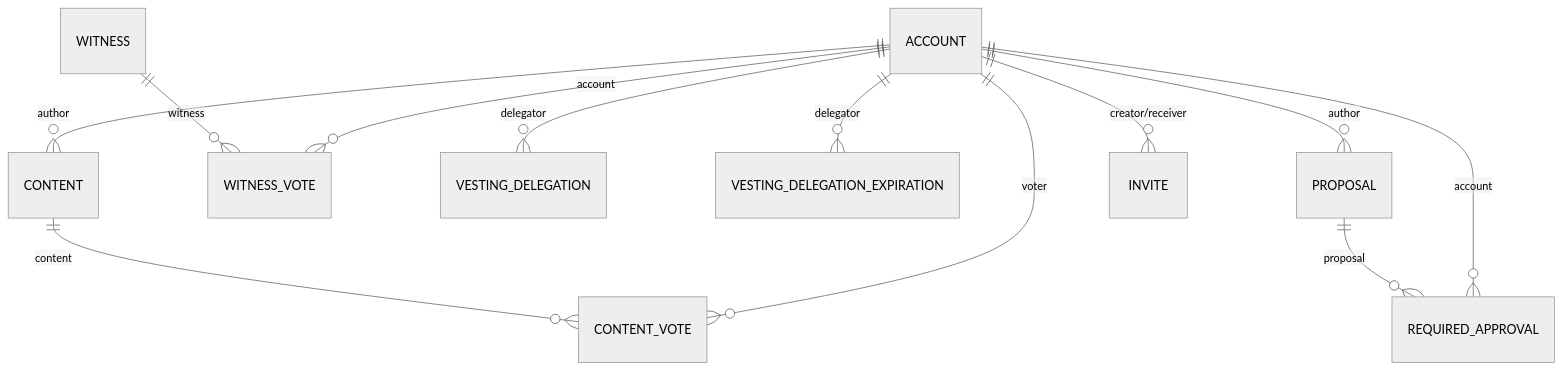
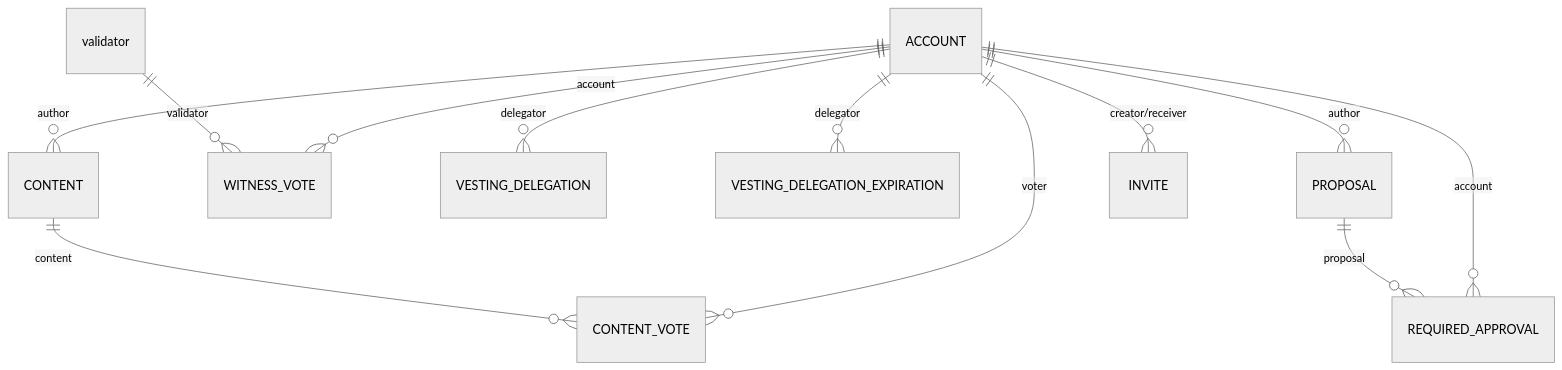
The fourth of 5 diagrams in .qoder/repowiki/en/content/Advanced Topics/Database Schema Design.md (VIZ-Blockchain/viz-cpp-node), drawn with Mermaid (neutral theme) before and after one commit. The commit also changed other lines of this file and 88 other files, not shown here.

First line of the commit message:
docs(validator): rename witness to validator throughout documentation

````diff
--- a/.qoder/repowiki/en/content/Advanced Topics/Database Schema Design.md
+++ b/.qoder/repowiki/en/content/Advanced Topics/Database Schema Design.md
@@ -390,14 +390,14 @@
 ```mermaid
 erDiagram
 ACCOUNT ||--o{ CONTENT : "author"
 ACCOUNT ||--o{ CONTENT_VOTE : "voter"
 CONTENT ||--o{ CONTENT_VOTE : "content"
 ACCOUNT ||--o{ WITNESS_VOTE : "account"
-WITNESS ||--o{ WITNESS_VOTE : "witness"
+validator ||--o{ WITNESS_VOTE : "validator"
 ACCOUNT ||--o{ VESTING_DELEGATION : "delegator"
 ACCOUNT ||--o{ VESTING_DELEGATION_EXPIRATION : "delegator"
 ACCOUNT ||--o{ PROPOSAL : "author"
 ACCOUNT ||--o{ REQUIRED_APPROVAL : "account"
 PROPOSAL ||--o{ REQUIRED_APPROVAL : "proposal"
 ACCOUNT ||--o{ INVITE : "creator/receiver"
 ```
````
